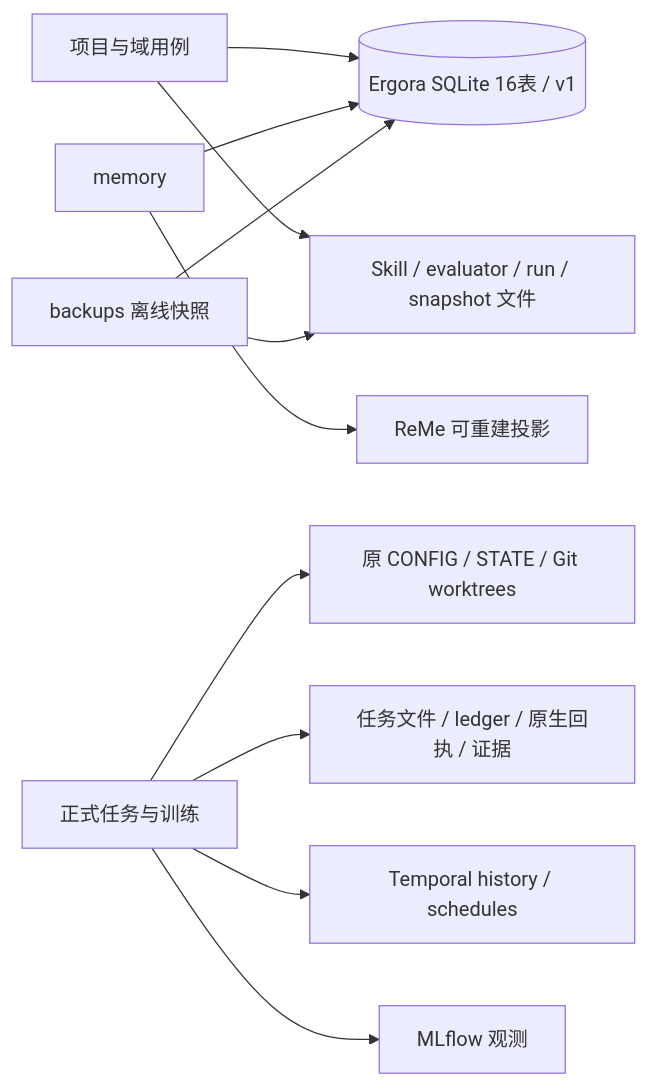
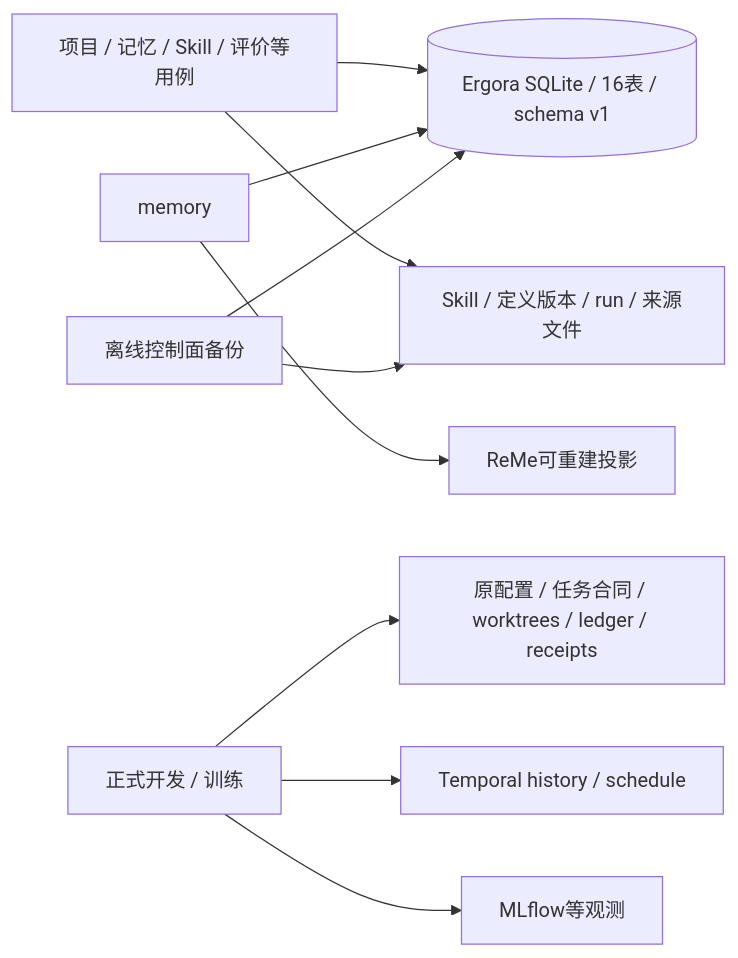
Before and after one commit to 626619403/Ergora: the fifth of 5 diagrams in docs/architecture/current.md, drawn with Mermaid. The commit also changed other lines of this file and 19 other files, not shown here.

Commit message:
docs: map current architecture and platform installation contracts

````diff
--- a/docs/architecture/current.md
+++ b/docs/architecture/current.md
@@ -281,13 +194,12 @@
 ```mermaid
 flowchart LR
-  Project[项目与域用例] --> DB[(Ergora SQLite 16表 / v1)]
-  Project --> Assets[Skill / evaluator / run / snapshot 文件]
+  Control[项目 / 记忆 / Skill / 评价等用例] --> DB[(Ergora SQLite / 16表 / schema v1)]
+  Control --> Assets[Skill / 定义版本 / run / 来源文件]
   Memory[memory] --> DB
-  Memory --> Mirror[ReMe 可重建投影]
-  Ref[正式任务与训练] --> Config[原 CONFIG / STATE / Git worktrees]
-  Ref --> Ledger[任务文件 / ledger / 原生回执 / 证据]
-  Ref --> History[Temporal history / schedules]
-  Ref --> Metrics[MLflow 观测]
-  Backup[backups 离线快照] --> DB
+  Memory --> ReMe[ReMe可重建投影]
+  Runtime[正式开发 / 训练] --> Native[原配置 / 任务合同 / worktrees / ledger / receipts]
+  Runtime --> Temporal[Temporal history / schedule]
+  Runtime --> Observe[MLflow等观测]
+  Backup[离线控制面备份] --> DB
   Backup --> Assets
 ```
````
